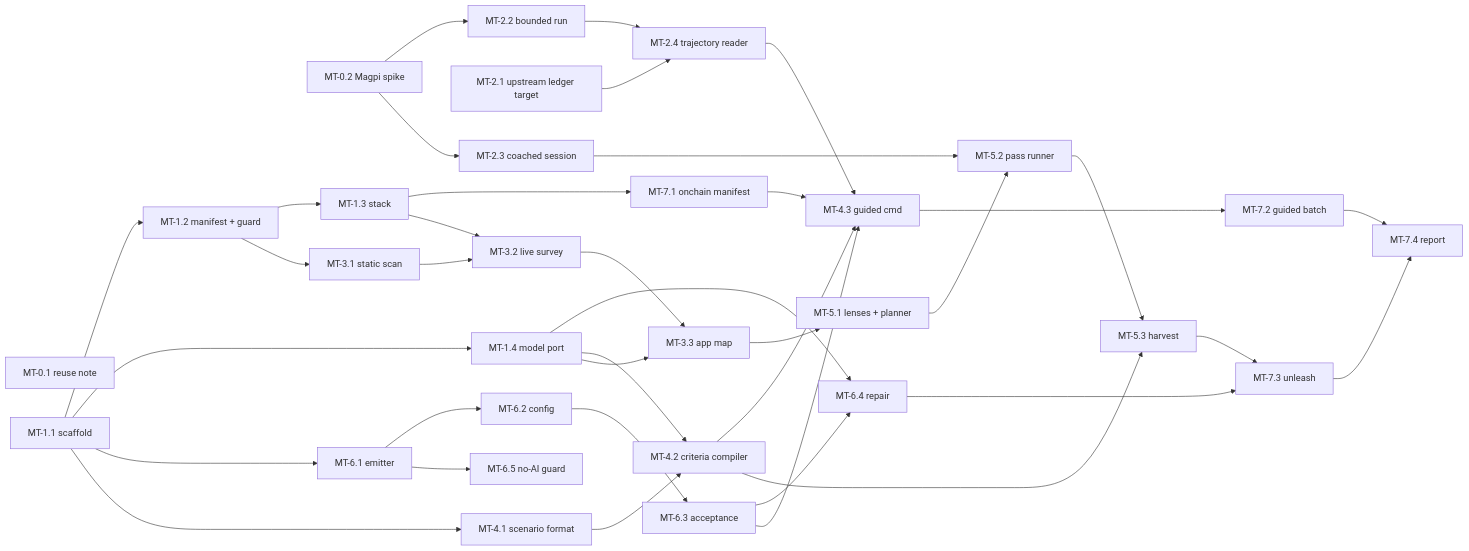
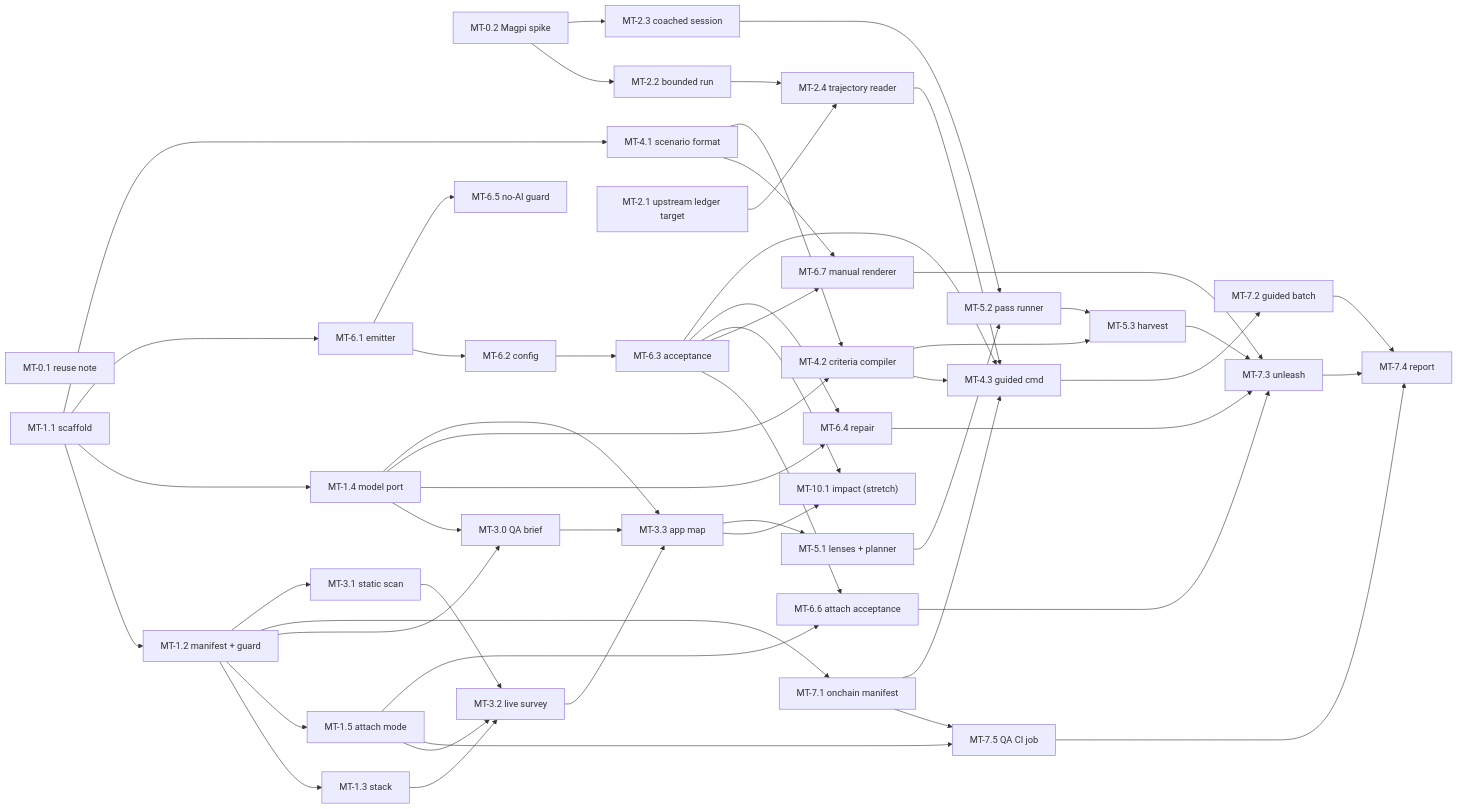
The diagram in docs/epics/README.md (naiemk/qa-agent), drawn with Mermaid before and after one commit. The commit also changed other lines of this file and 16 other files, not shown here.

Commit message:
Docs: fold MVP gap plan into M1 (attach mode, QA brief, manual cases, source links)

````diff
--- a/docs/epics/README.md
+++ b/docs/epics/README.md
@@ -44,30 +44,46 @@
 ```mermaid
 flowchart LR
   s01["MT-0.1 reuse note"]
   s02["MT-0.2 Magpi spike"]
   s11["MT-1.1 scaffold"] --> s12["MT-1.2 manifest + guard"] --> s13["MT-1.3 stack"]
   s11 --> s14["MT-1.4 model port"]
+  s12 --> s15["MT-1.5 attach mode"]
+  s12 --> s30["MT-3.0 QA brief"]
+  s14 --> s30
+  s30 --> s33
+  s15 --> s32
+  s15 --> s75["MT-7.5 QA CI job"]
+  s71 --> s75
+  s63 --> s66["MT-6.6 attach acceptance"]
+  s15 --> s66
+  s41 --> s67["MT-6.7 manual renderer"]
+  s63 --> s67
+  s66 --> s73
+  s67 --> s73
+  s33 --> s101["MT-10.1 impact (stretch)"]
+  s63 --> s101
+  s75 --> s74
   s21["MT-2.1 upstream ledger target"] --> s24["MT-2.4 trajectory reader"]
   s02 --> s22["MT-2.2 bounded run"] --> s24
   s02 --> s23["MT-2.3 coached session"]
   s11 --> s61["MT-6.1 emitter"] --> s62["MT-6.2 config"] --> s63["MT-6.3 acceptance"]
   s61 --> s65["MT-6.5 no-AI guard"]
   s63 --> s64["MT-6.4 repair"]
   s14 --> s64
   s11 --> s41["MT-4.1 scenario format"] --> s42["MT-4.2 criteria compiler"] --> s43["MT-4.3 guided cmd"]
   s14 --> s42
   s24 --> s43
   s63 --> s43
-  s13 --> s71["MT-7.1 onchain manifest"] --> s43
+  s12 --> s71["MT-7.1 onchain manifest"] --> s43
   s12 --> s31["MT-3.1 static scan"] --> s32["MT-3.2 live survey"] --> s33["MT-3.3 app map"]
   s13 --> s32
   s14 --> s33
   s33 --> s51["MT-5.1 lenses + planner"] --> s52["MT-5.2 pass runner"] --> s53["MT-5.3 harvest"]
   s23 --> s52
   s42 --> s53
   s43 --> s72["MT-7.2 guided batch"]
   s53 --> s73["MT-7.3 unleash"]
   s64 --> s73
   s72 --> s74["MT-7.4 report"]
   s73 --> s74
 ```
````
